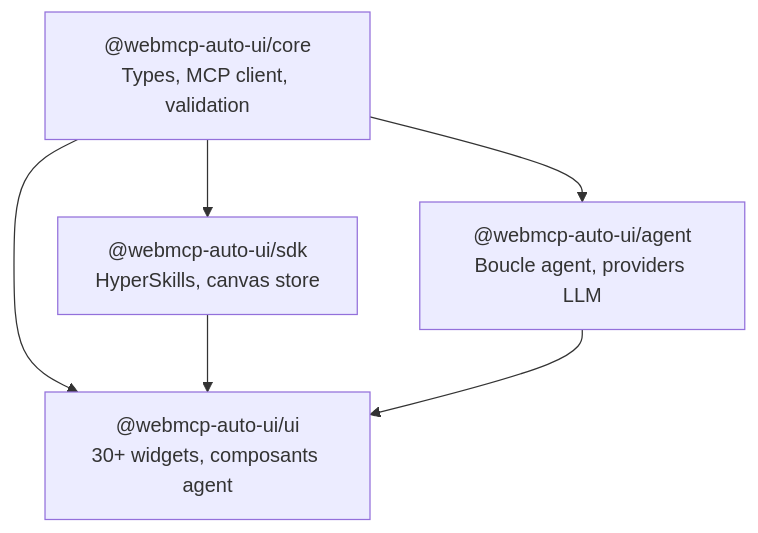
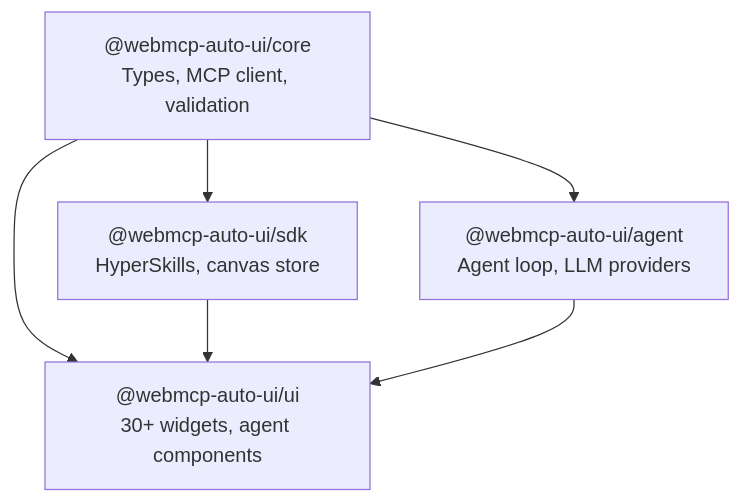
One commit to jeanbaptiste/webmcp-auto-ui changed the second of 2 diagrams in docs/starlight/src/content/docs/guide/getting-started.mdx. Above: the diagram before and after it, drawn with Mermaid. The commit also changed other lines of this file and 94 other files, not shown here.

````diff
--- a/docs/starlight/src/content/docs/guide/getting-started.mdx
+++ b/docs/starlight/src/content/docs/guide/getting-started.mdx
@@ -203,13 +203,13 @@
 ```mermaid
 graph TD
     CORE["@webmcp-auto-ui/core<br/>Types, MCP client, validation"]
     SDK["@webmcp-auto-ui/sdk<br/>HyperSkills, canvas store"]
-    AGENT["@webmcp-auto-ui/agent<br/>Boucle agent, providers LLM"]
-    UI["@webmcp-auto-ui/ui<br/>30+ widgets, composants agent"]
+    AGENT["@webmcp-auto-ui/agent<br/>Agent loop, LLM providers"]
+    UI["@webmcp-auto-ui/ui<br/>30+ widgets, agent components"]
 
     CORE --> SDK
     CORE --> AGENT
     CORE --> UI
     SDK --> UI
     AGENT --> UI
 ```
````
